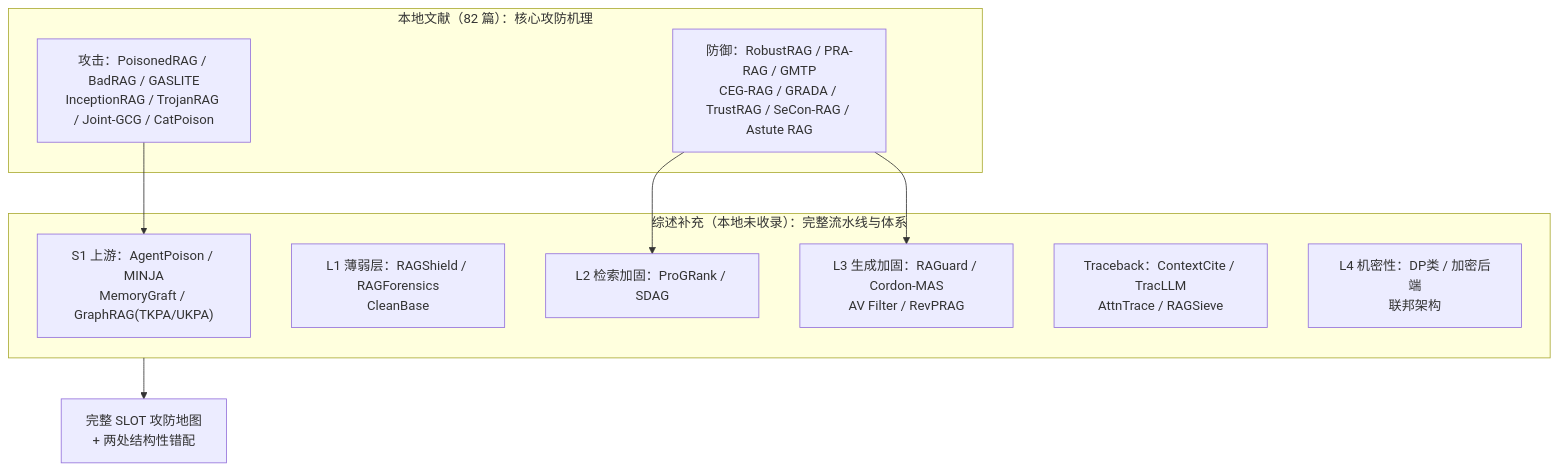
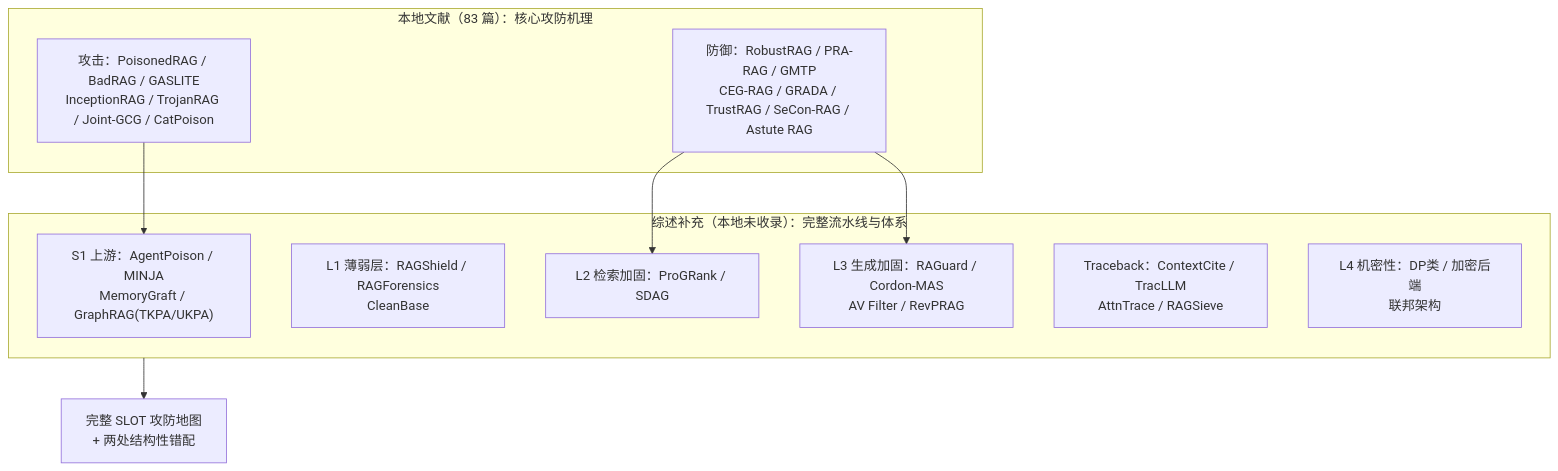
Before and after one commit to fgfgfdg8/graduate_thesis_proposal: the third of 3 diagrams in docs/RAG安全文献攻防技术手段总结报告.md, drawn with Mermaid. The commit also changed other lines of this file, not shown here.

````diff
--- a/docs/RAG安全文献攻防技术手段总结报告.md
+++ b/docs/RAG安全文献攻防技术手段总结报告.md
@@ -1515,19 +1535,19 @@
 ```mermaid
 flowchart TB
-    subgraph ORIG["本地文献（82 篇）：核心攻防机理"]
+    subgraph ORIG["本地文献（83 篇）：核心攻防机理"]
         O1["攻击：PoisonedRAG / BadRAG / GASLITE<br/>InceptionRAG / TrojanRAG / Joint-GCG / CatPoison"]
         O2["防御：RobustRAG / PRA-RAG / GMTP<br/>CEG-RAG / GRADA / TrustRAG / SeCon-RAG / Astute RAG"]
     end
     subgraph NEW["综述补充（本地未收录）：完整流水线与体系"]
         N1["S1 上游：AgentPoison / MINJA<br/>MemoryGraft / GraphRAG(TKPA/UKPA)"]
         N2["L1 薄弱层：RAGShield / RAGForensics<br/>CleanBase"]
         N3["L2 检索加固：ProGRank / SDAG"]
         N4["L3 生成加固：RAGuard / Cordon-MAS<br/>AV Filter / RevPRAG"]
         N5["Traceback：ContextCite / TracLLM<br/>AttnTrace / RAGSieve"]
         N6["L4 机密性：DP类 / 加密后端<br/>联邦架构"]
     end
     O1 --> N1
     O2 --> N3
     O2 --> N4
     NEW --> C["完整 SLOT 攻防地图<br/>+ 两处结构性错配"]
 ```
````
